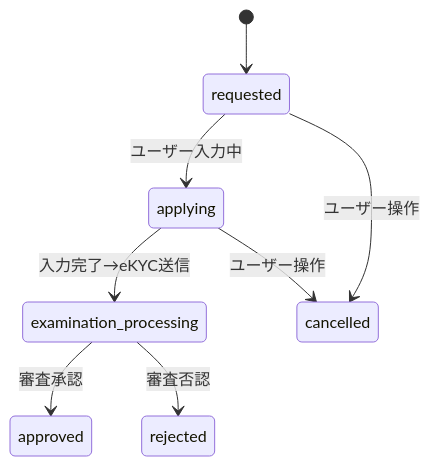
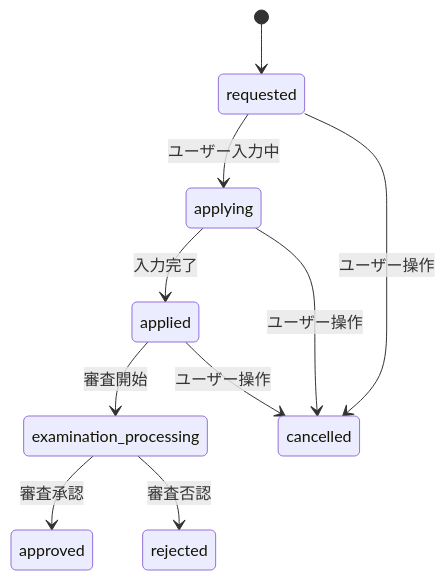
Before and after one commit to hirokazu-kobayashi-koba-hiro/idp-server: the second of 4 diagrams in documentation/docs/content_05_how-to/how-to-16-identity-verification-application.md, drawn with Mermaid. The commit also changed other lines of this file and 7 other files, not shown here.

````diff
--- a/documentation/docs/content_05_how-to/how-to-16-identity-verification-application.md
+++ b/documentation/docs/content_05_how-to/how-to-16-identity-verification-application.md
@@ -399,10 +80,12 @@
 ```mermaid
 stateDiagram-v2
     [*] --> requested
     requested --> applying: ユーザー入力中
-    applying --> examination_processing: 入力完了→eKYC送信
+    applying --> applied: 入力完了
+    applied --> examination_processing: 審査開始
     examination_processing --> approved: 審査承認
     examination_processing --> rejected: 審査否認
     requested --> cancelled: ユーザー操作
     applying --> cancelled: ユーザー操作
+    applied --> cancelled: ユーザー操作
 ```
````
